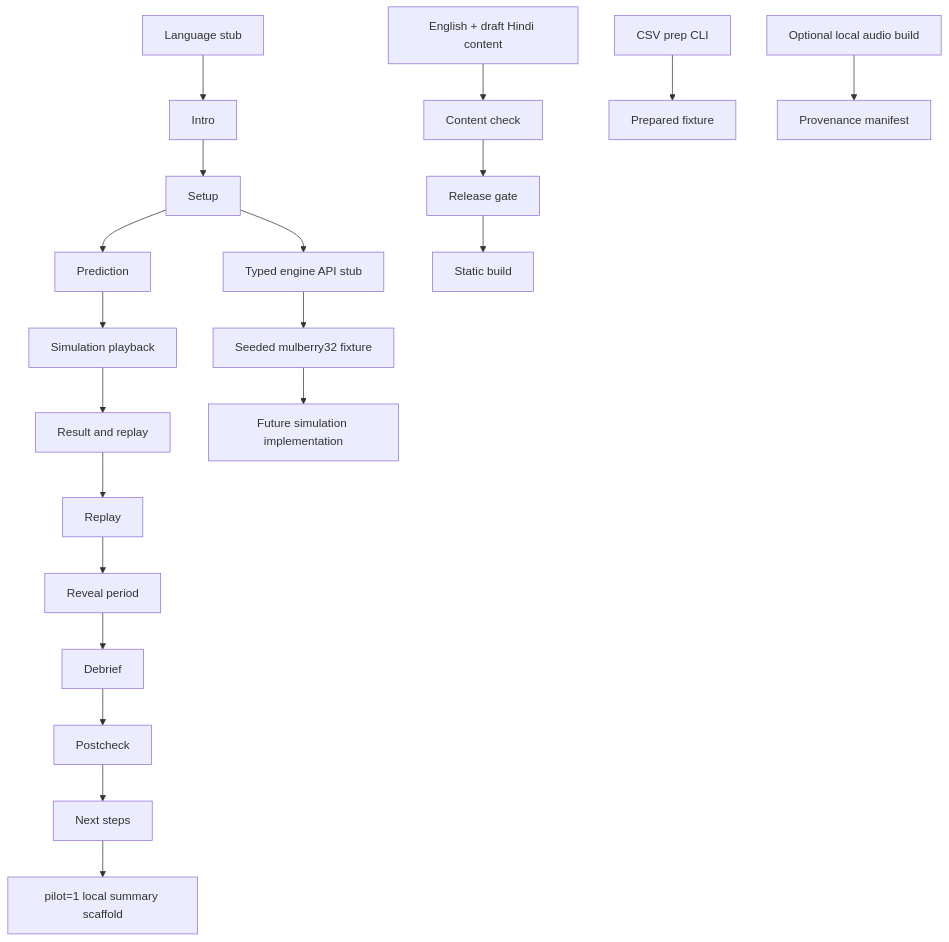
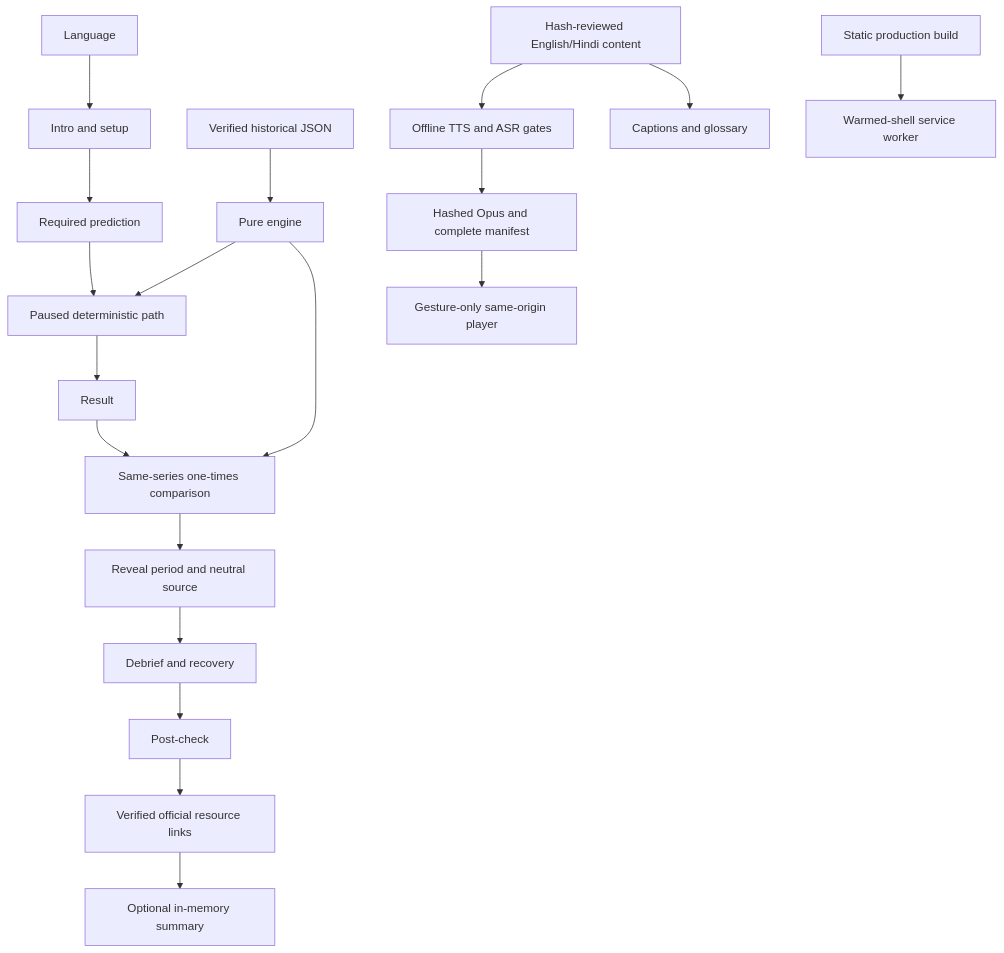
One commit to nomadrai/anubhav changed the diagram in docs/ARCHITECTURE.md. Above: the diagram before and after it, drawn with Mermaid. The commit also changed other lines of this file and 16 other files, not shown here.

Commit message:
Record final measured evidence, clean-build result and exact release blockers

````diff
--- a/docs/ARCHITECTURE.md
+++ b/docs/ARCHITECTURE.md
@@ -20,24 +40,21 @@
 ```mermaid
 flowchart TD
-  A[Language stub] --> B[Intro]
-  B --> C[Setup]
-  C --> D[Prediction]
-  D --> E[Simulation playback]
-  E --> F[Result and replay]
-  F --> G[Replay]
-  G --> H[Reveal period]
-  H --> I[Debrief]
-  I --> J[Postcheck]
-  J --> K[Next steps]
-  K --> L[pilot=1 local summary scaffold]
-
-  C --> X[Typed engine API stub]
-  X --> Y[Seeded mulberry32 fixture]
-  Y --> Z[Future simulation implementation]
-
-  M[English + draft Hindi content] --> N[Content check]
-  N --> O[Release gate]
-  P[CSV prep CLI] --> Q[Prepared fixture]
-  R[Optional local audio build] --> S[Provenance manifest]
-  O --> T[Static build]
+  A[Language] --> B[Intro and setup]
+  B --> C[Required prediction]
+  C --> D[Paused deterministic path]
+  D --> E[Result]
+  E --> F[Same-series one-times comparison]
+  F --> G[Reveal period and neutral source]
+  G --> H[Debrief and recovery]
+  H --> I[Post-check]
+  I --> J[Verified official resource links]
+  J --> K[Optional in-memory summary]
+  L[Verified historical JSON] --> M[Pure engine]
+  M --> D
+  M --> F
+  N[Hash-reviewed English/Hindi content] --> O[Offline TTS and ASR gates]
+  O --> P[Hashed Opus and complete manifest]
+  P --> Q[Gesture-only same-origin player]
+  N --> R[Captions and glossary]
+  S[Static production build] --> T[Warmed-shell service worker]
 ```
````
